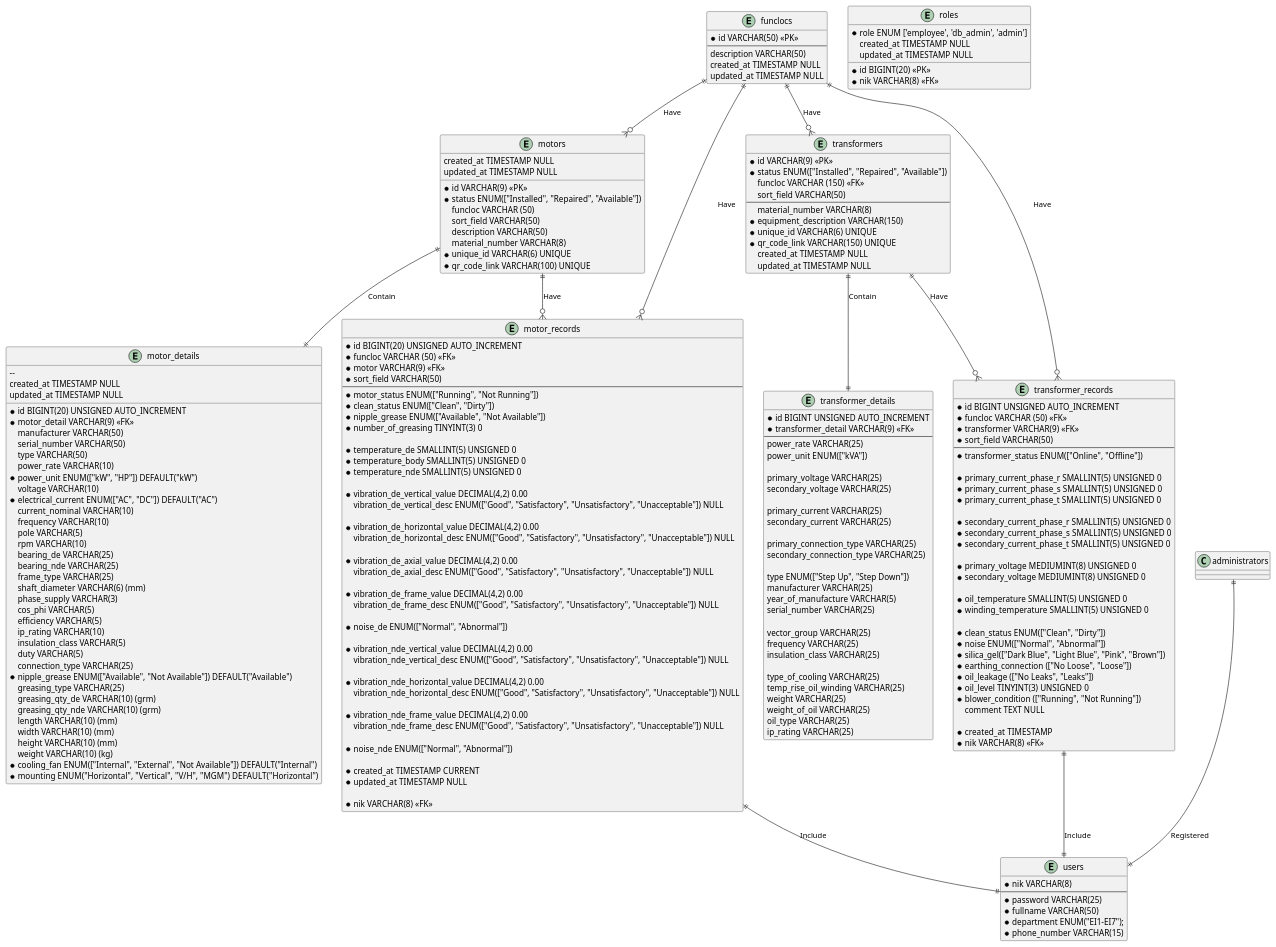
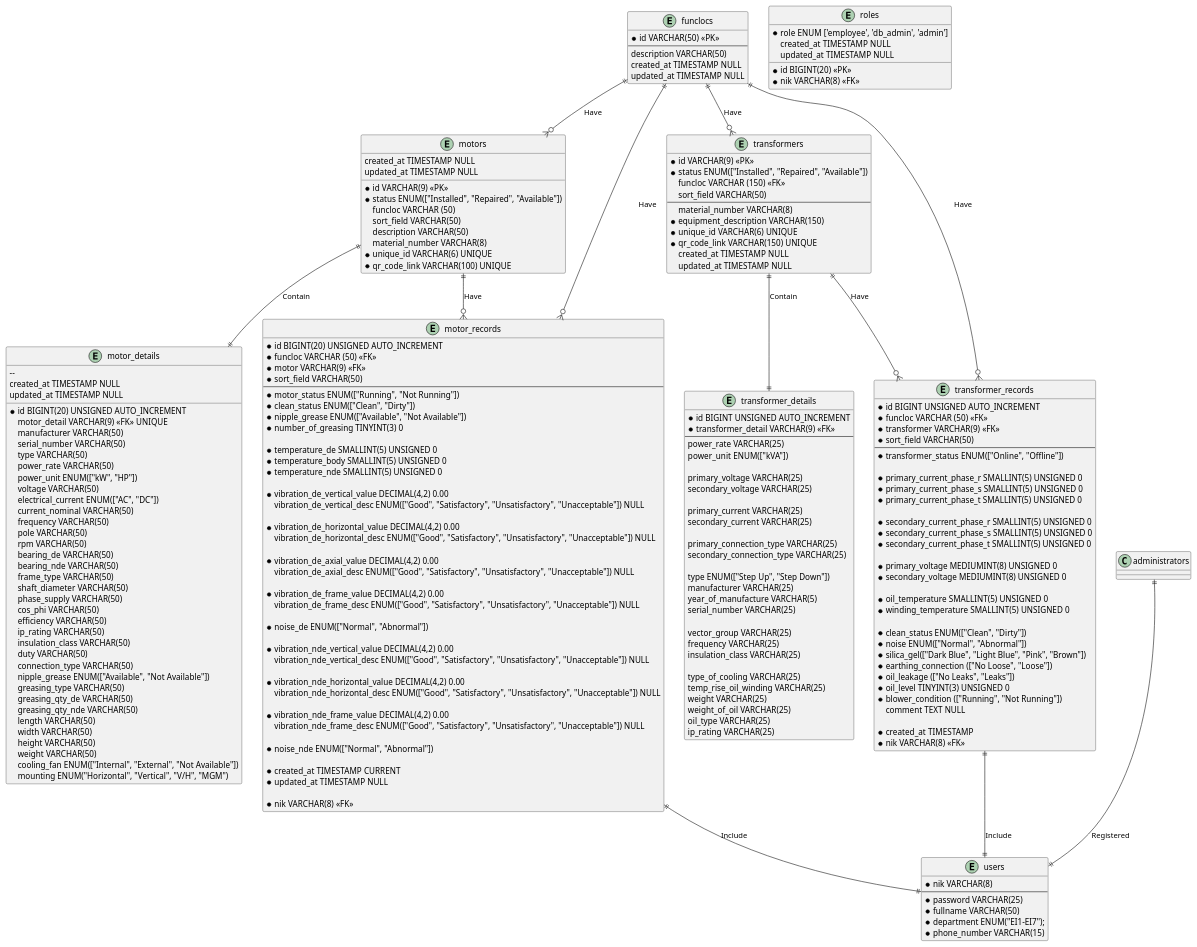
The diagram in docs/fajar_e_maintenance.puml (doniduaasattuu/fajar-e-maintenance), drawn with PlantUML before and after one commit. The commit also changed 20 other files, not shown here.

```diff
--- a/docs/fajar_e_maintenance.puml
+++ b/docs/fajar_e_maintenance.puml
@@ -25,40 +25,40 @@
 
 entity motor_details {
   * id BIGINT(20) UNSIGNED AUTO_INCREMENT
-  * motor_detail VARCHAR(9) <<FK>>
+    motor_detail VARCHAR(9) <<FK>> UNIQUE
     --
     manufacturer VARCHAR(50)
     serial_number VARCHAR(50)
     type VARCHAR(50)
-    power_rate VARCHAR(10)
-  * power_unit ENUM(["kW", "HP"]) DEFAULT("kW")
-    voltage VARCHAR(10)
-  * electrical_current ENUM(["AC", "DC"]) DEFAULT("AC")
-    current_nominal VARCHAR(10)
-    frequency VARCHAR(10)
-    pole VARCHAR(5)
-    rpm VARCHAR(10)
-    bearing_de VARCHAR(25)
-    bearing_nde VARCHAR(25)
-    frame_type VARCHAR(25)
-    shaft_diameter VARCHAR(6) (mm)
-    phase_supply VARCHAR(3)
-    cos_phi VARCHAR(5)
-    efficiency VARCHAR(5)
-    ip_rating VARCHAR(10)
-    insulation_class VARCHAR(5)
-    duty VARCHAR(5)
-    connection_type VARCHAR(25)
-  * nipple_grease ENUM(["Available", "Not Available"]) DEFAULT("Available")
-    greasing_type VARCHAR(25)
-    greasing_qty_de VARCHAR(10) (grm)
-    greasing_qty_nde VARCHAR(10) (grm)
-    length VARCHAR(10) (mm)
-    width VARCHAR(10) (mm)
-    height VARCHAR(10) (mm) 
-    weight VARCHAR(10) (kg)
-  * cooling_fan ENUM(["Internal", "External", "Not Available"]) DEFAULT("Internal")
-  * mounting ENUM("Horizontal", "Vertical", "V/H", "MGM")  DEFAULT("Horizontal")
+    power_rate VARCHAR(50)
+    power_unit ENUM(["kW", "HP"])
+    voltage VARCHAR(50)
+    electrical_current ENUM(["AC", "DC"])
+    current_nominal VARCHAR(50)
+    frequency VARCHAR(50)
+    pole VARCHAR(50)
+    rpm VARCHAR(50)
+    bearing_de VARCHAR(50)
+    bearing_nde VARCHAR(50)
+    frame_type VARCHAR(50)
+    shaft_diameter VARCHAR(50)
+    phase_supply VARCHAR(50)
+    cos_phi VARCHAR(50)
+    efficiency VARCHAR(50)
+    ip_rating VARCHAR(50)
+    insulation_class VARCHAR(50)
+    duty VARCHAR(50)
+    connection_type VARCHAR(50)
+    nipple_grease ENUM(["Available", "Not Available"])
+    greasing_type VARCHAR(50)
+    greasing_qty_de VARCHAR(50) 
+    greasing_qty_nde VARCHAR(50)
+    length VARCHAR(50)
+    width VARCHAR(50)
+    height VARCHAR(50) 
+    weight VARCHAR(50)
+    cooling_fan ENUM(["Internal", "External", "Not Available"])
+    mounting ENUM("Horizontal", "Vertical", "V/H", "MGM") 
     created_at TIMESTAMP NULL
     updated_at TIMESTAMP NULL
 }
```
